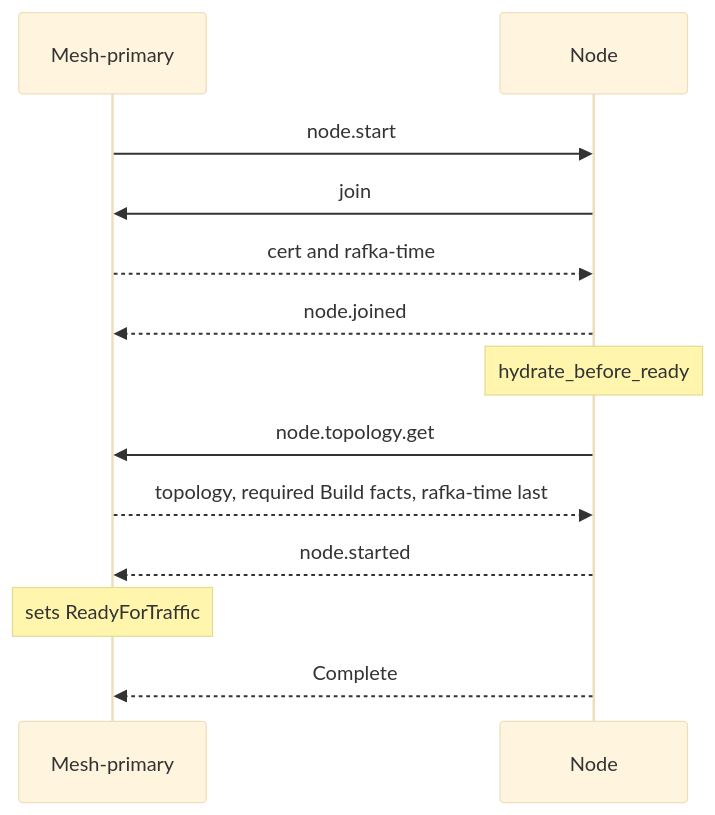
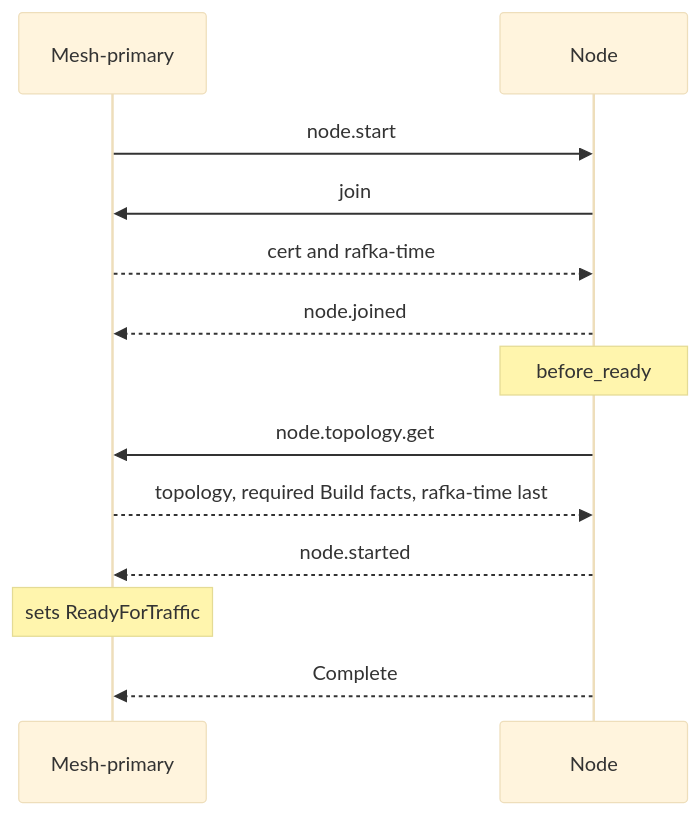
Before and after one commit to drlukeangel/rust-distributed-mesh: the diagram in docs/architecture/lifecycles/node-start.md, drawn with Mermaid (base theme). The commit also changed other lines of this file and 72 other files, not shown here.

````diff
--- a/docs/architecture/lifecycles/node-start.md
+++ b/docs/architecture/lifecycles/node-start.md
@@ -83,15 +83,15 @@
 ```mermaid
 sequenceDiagram
     participant M as Mesh-primary
     participant N as Node
     M->>N: node.start
     N->>M: join
     M-->>N: cert and rafka-time
     N-->>M: node.joined
-    Note over N: hydrate_before_ready
+    Note over N: before_ready
     N->>M: node.topology.get
     M-->>N: topology, required Build facts, rafka-time last
     N-->>M: node.started
     Note over M: sets ReadyForTraffic
     N-->>M: Complete
 ```
````
